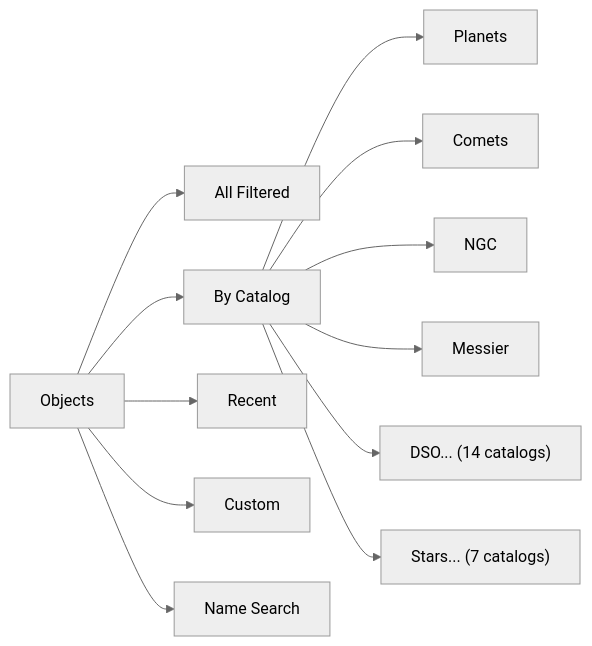
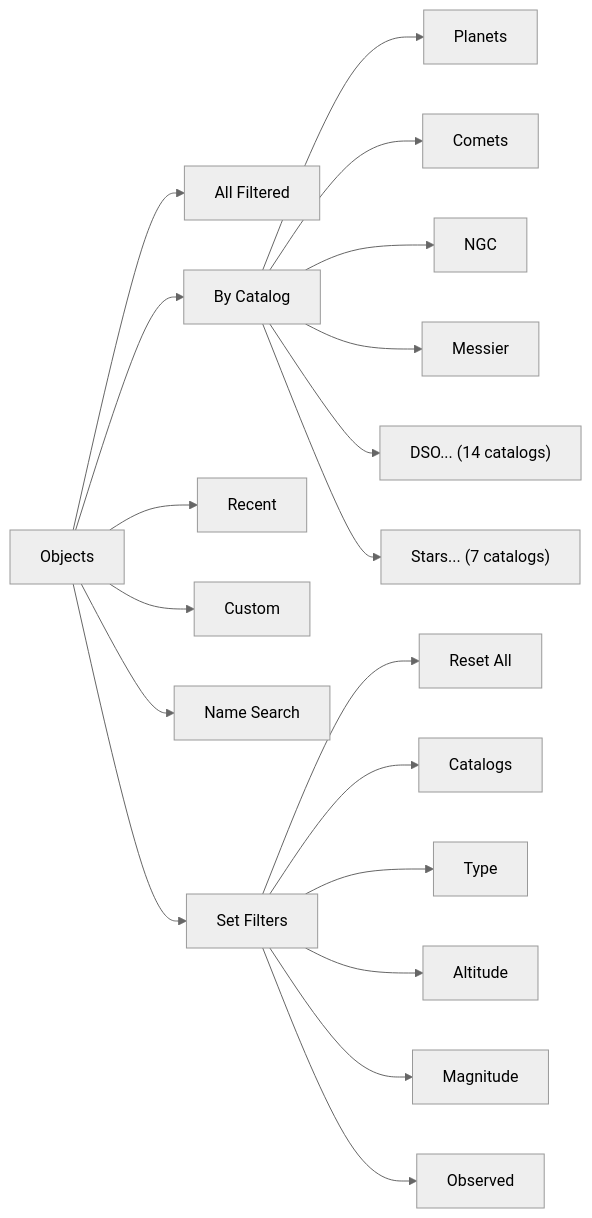
Before and after one commit to brickbots/PiFinder: the third of 5 diagrams in docs/source/menu_map.rst, drawn with Mermaid (neutral theme). The commit also changed other lines of this file and 16 other files, not shown here.

First line of the commit message:
Reorganize menus for 2.6.0: Set Filters under Objects, SQM top-level

```diff
--- a/docs/source/menu_map.rst
+++ b/docs/source/menu_map.rst
@@ -87,14 +84,21 @@
 .. mermaid::
 
    flowchart LR
        Objects --> AF["All Filtered"]
        Objects --> BC["By Catalog"]
        Objects --> Recent
        Objects --> Custom
        Objects --> NS["Name Search"]
+       Objects --> SF["Set Filters"]
        BC --> Planets
        BC --> Comets
        BC --> NGC
        BC --> Messier
        BC --> DSO["DSO... (14 catalogs)"]
        BC --> Stars["Stars... (7 catalogs)"]
+       SF --> RA["Reset All"]
+       SF --> Cat["Catalogs"]
+       SF --> Type
+       SF --> Alt["Altitude"]
+       SF --> Mag["Magnitude"]
+       SF --> Obs["Observed"]
```
